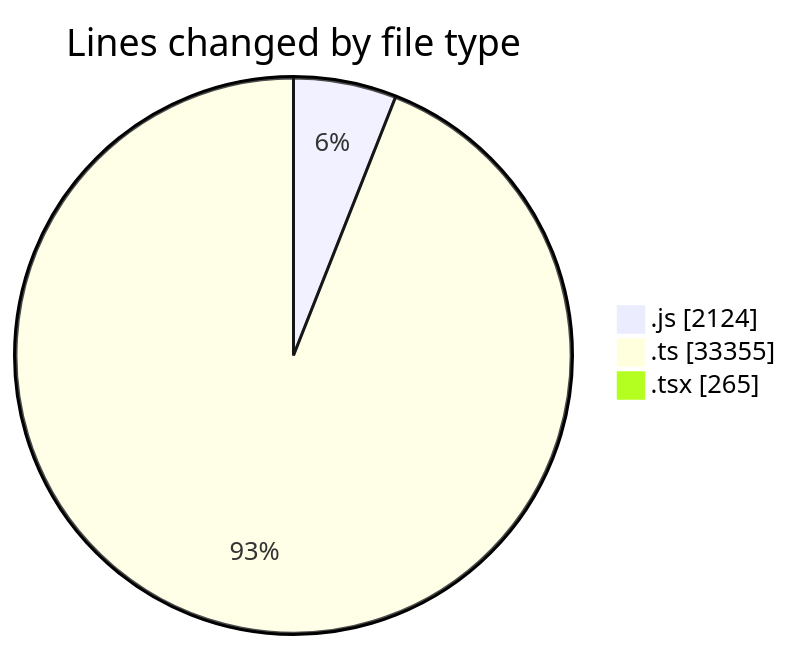
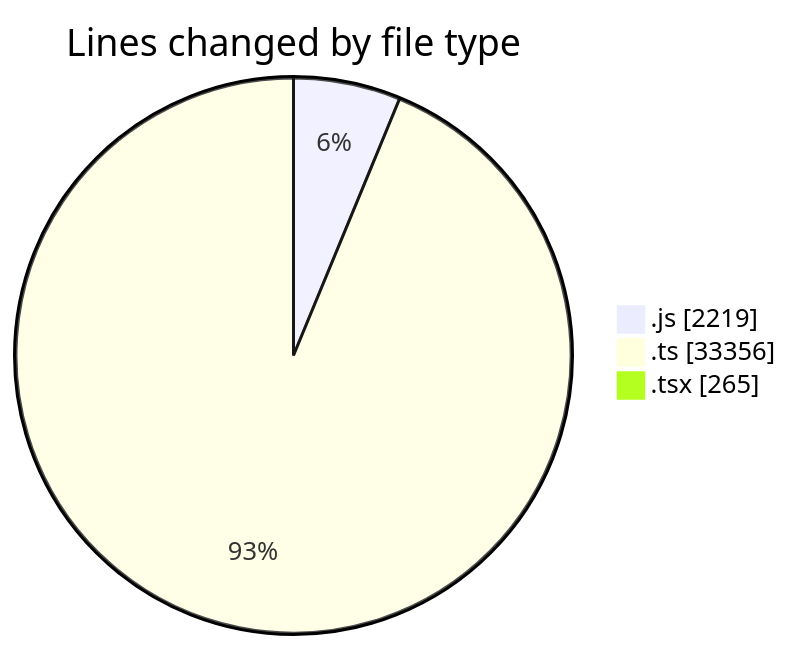
One commit to momahboobian/code-tracking changed the first of 2 diagrams in 2026-02-09/cda/README.md. Above: the diagram before and after it, drawn with Mermaid. The commit also changed other lines of this file and 1 other file, not shown here.

````diff
--- a/2026-02-09/cda/README.md
+++ b/2026-02-09/cda/README.md
@@ -37,7 +37,7 @@
 ```mermaid
 pie showData
 title Lines changed by file type
-".js" : 2124
-".ts" : 33355
+".js" : 2219
+".ts" : 33356
 ".tsx" : 265
 ```
````
